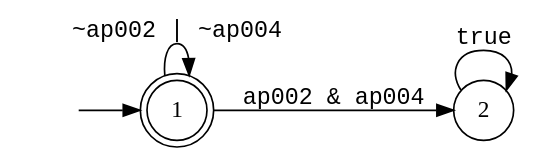
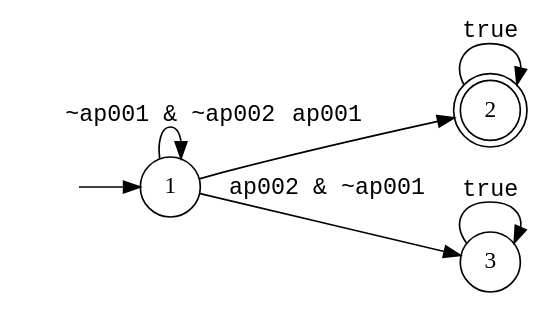
One commit to cais-psu/cais-spade-llm changed the diagram in cais_spade_llm/safety/SAFE_1_dfa.dot. Above: the diagram before and after it, drawn with Graphviz. The commit also changed 103 other files, not shown here.

```diff
--- a/cais_spade_llm/safety/SAFE_1_dfa.dot
+++ b/cais_spade_llm/safety/SAFE_1_dfa.dot
@@ -1,14 +1,16 @@
 digraph MONA_DFA {
  rankdir = LR;
  center = true;
  size = "7.5,10.5";
  edge [fontname = Courier];
  node [height = .5, width = .5];
- node [shape = doublecircle]; 1;
+ node [shape = doublecircle]; 2;
  node [shape = circle]; 1;
  init [shape = plaintext, label = ""];
  init -> 1;
- 1 -> 1 [label="~ap002 | ~ap004"];
- 1 -> 2 [label="ap002 & ap004"];
+ 1 -> 1 [label="~ap001 & ~ap002"];
+ 1 -> 2 [label="ap001"];
+ 1 -> 3 [label="ap002 & ~ap001"];
  2 -> 2 [label="true"];
+ 3 -> 3 [label="true"];
 }
```
